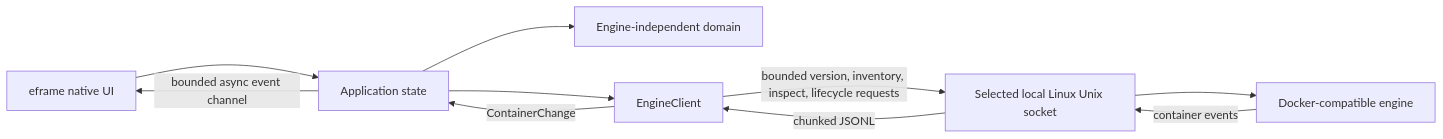
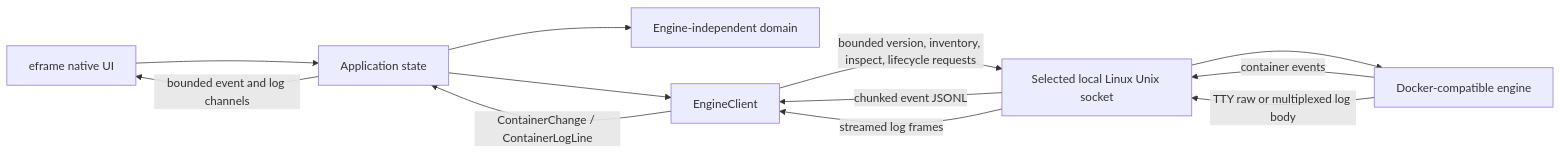
Before and after one commit to SzymonR1/ferrum-desktop: the diagram in docs/src/architecture/overview.md, drawn with Mermaid. The commit also changed other lines of this file and 18 other files, not shown here.

Commit message:
feat: add bounded container logs

````diff
--- a/docs/src/architecture/overview.md
+++ b/docs/src/architecture/overview.md
@@ -5,12 +5,14 @@
 ```mermaid
 flowchart LR
     UI[eframe native UI] --> APP[Application state]
     APP --> CORE[Engine-independent domain]
     APP --> CLIENT[EngineClient]
     CLIENT -->|bounded version, inventory, inspect, lifecycle requests| SOCKET[Selected local Linux Unix socket]
     SOCKET --> ENGINE[Docker-compatible engine]
     ENGINE -->|container events| SOCKET
-    SOCKET -->|chunked JSONL| CLIENT
-    CLIENT -->|ContainerChange| APP
-    APP -->|bounded async event channel| UI
+    ENGINE -->|TTY raw or multiplexed log body| SOCKET
+    SOCKET -->|chunked event JSONL| CLIENT
+    SOCKET -->|streamed log frames| CLIENT
+    CLIENT -->|ContainerChange / ContainerLogLine| APP
+    APP -->|bounded event and log channels| UI
 ```
````
